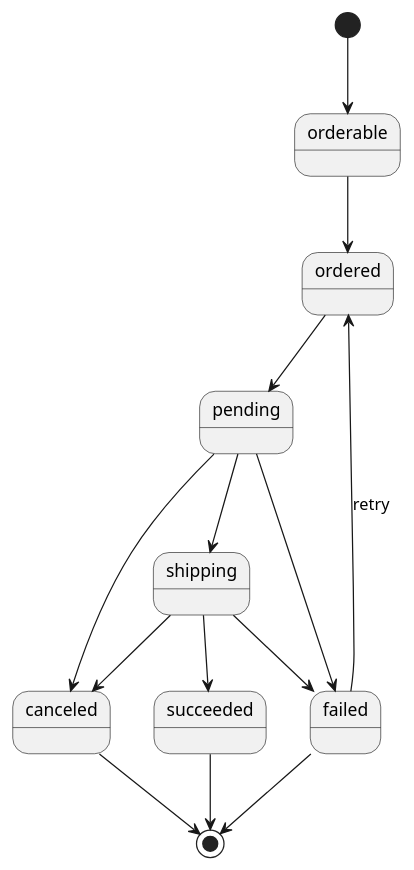
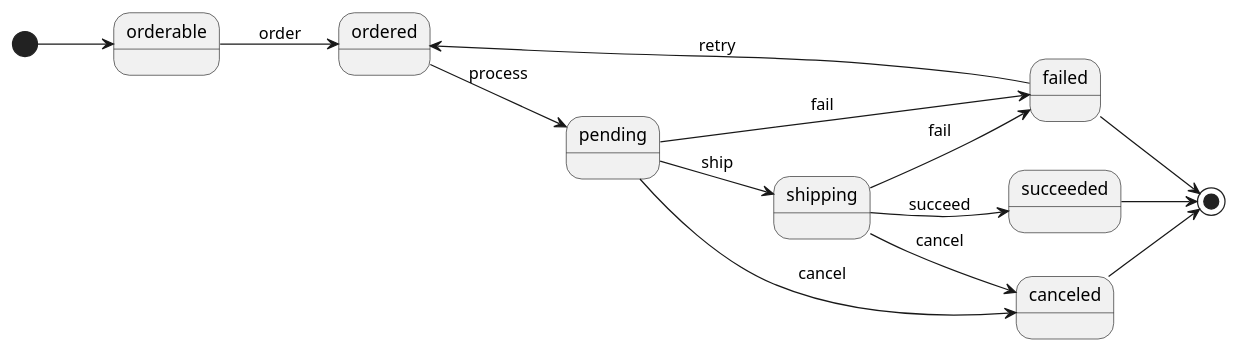
The diagram in diagrams/order-lifecycle.puml (Terradue/order), drawn with PlantUML before and after one commit. The commit also changed 1 other file, not shown here.

Commit message:
docs(media): improved `order:status` State diagram
added labels on states transactions

```diff
--- a/diagrams/order-lifecycle.puml
+++ b/diagrams/order-lifecycle.puml
@@ -1,20 +1,22 @@
 @startuml
 
+left to right direction
+
 [*] --> orderable
-orderable --> ordered
-ordered --> pending
-pending --> shipping
-pending --> canceled
-pending --> failed
+orderable --> ordered : order
+ordered --> pending : process
+pending --> shipping : ship
+pending --> canceled : cancel
+pending --> failed : fail
 
-shipping --> succeeded
-shipping --> canceled
-shipping --> failed
+shipping --> succeeded : succeed
+shipping --> canceled : cancel
+shipping --> failed : fail
 
+failed --> ordered : retry
+
+failed --> [*]
 succeeded --> [*]
 canceled --> [*]
 
-failed --> ordered : retry
-failed --> [*]
-
 @enduml
```
